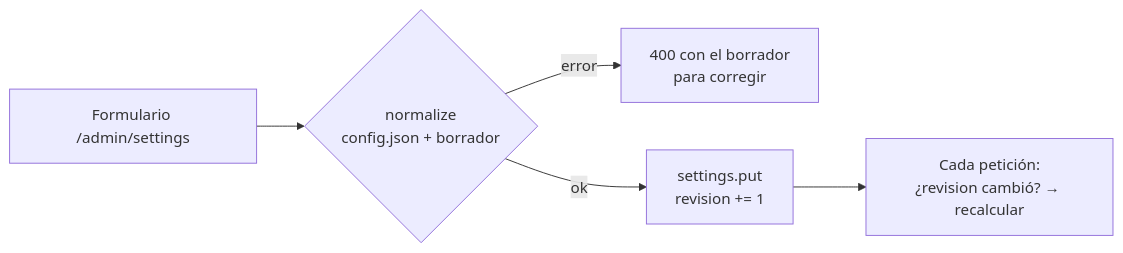
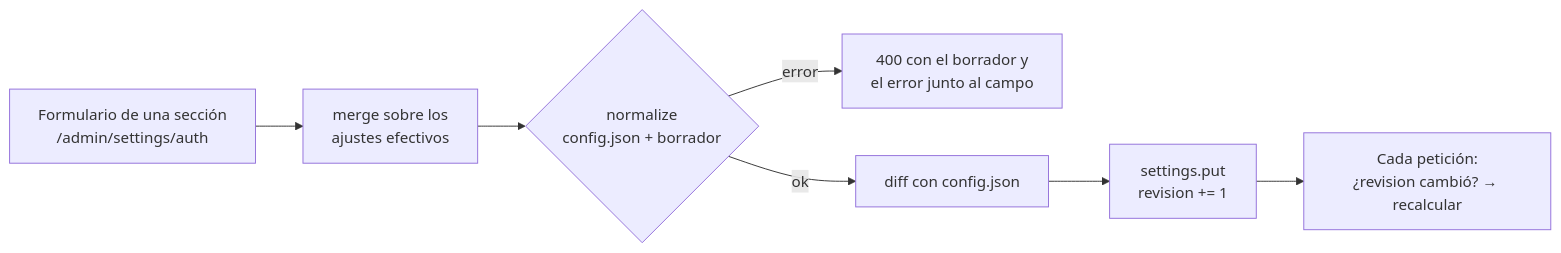
Before and after one commit to vsc55/StorageWeb: the fourth of 4 diagrams in docs/arquitectura/flujos.md, drawn with Mermaid. The commit also changed 118 other files, not shown here.

````diff
--- a/docs/arquitectura/flujos.md
+++ b/docs/arquitectura/flujos.md
@@ -81,7 +81,9 @@
 ```mermaid
 flowchart LR
-    F[Formulario /admin/settings] --> V{normalize<br/>config.json + borrador}
-    V -- error --> R[400 con el borrador<br/>para corregir]
-    V -- ok --> P[settings.put<br/>revision += 1]
+    F[Formulario de una sección<br/>/admin/settings/auth] --> M[merge sobre los<br/>ajustes efectivos]
+    M --> V{normalize<br/>config.json + borrador}
+    V -- error --> R[400 con el borrador y<br/>el error junto al campo]
+    V -- ok --> D[diff con config.json]
+    D --> P[settings.put<br/>revision += 1]
     P --> C[Cada petición:<br/>¿revision cambió? → recalcular]
 ```
````
